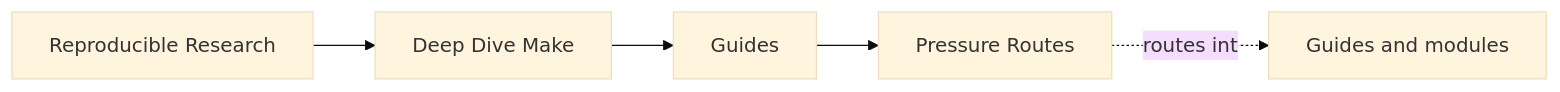
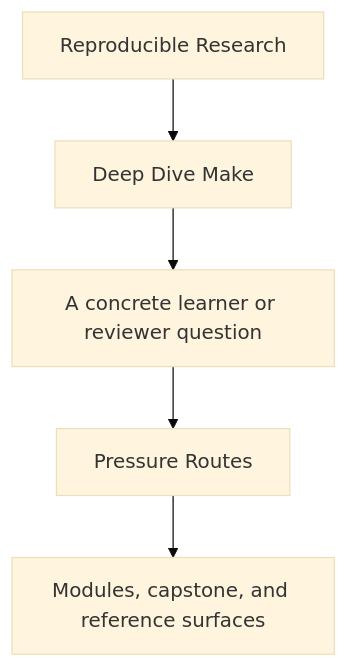
Before and after one commit to bijux/bijux-masterclass: the first of 2 diagrams in programs/reproducible-research/deep-dive-make/course-book/guides/pressure-routes.md, drawn with Mermaid (base theme). The commit also changed other lines of this file and 29 other files, not shown here.

Commit message:
docs(deep-dive-make): sharpen guide and reference diagrams

````diff
--- a/programs/reproducible-research/deep-dive-make/course-book/guides/pressure-routes.md
+++ b/programs/reproducible-research/deep-dive-make/course-book/guides/pressure-routes.md
@@ -9,11 +9,7 @@
 ```mermaid
-graph LR
-  family["Reproducible Research"]
-  program["Deep Dive Make"]
-  section["Guides"]
-  page["Pressure Routes"]
-  support["Guides and modules"]
-
-  family --> program --> section --> page
-  page -.routes into.-> support
+flowchart TD
+  family["Reproducible Research"] --> program["Deep Dive Make"]
+  program --> pressure["A concrete learner or reviewer question"]
+  pressure --> guide["Pressure Routes"]
+  guide --> next["Modules, capstone, and reference surfaces"]
 ```
````
